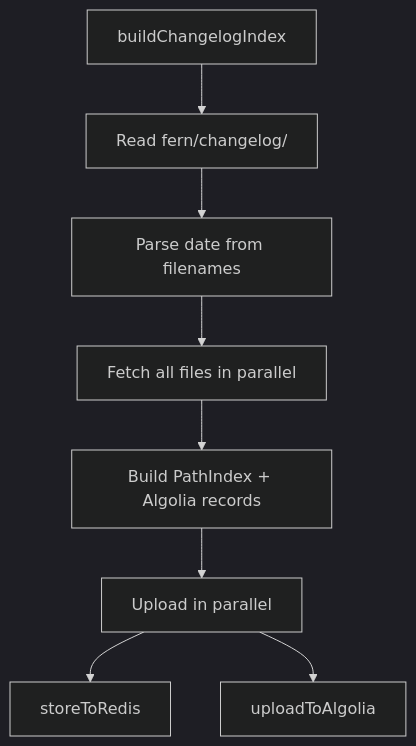
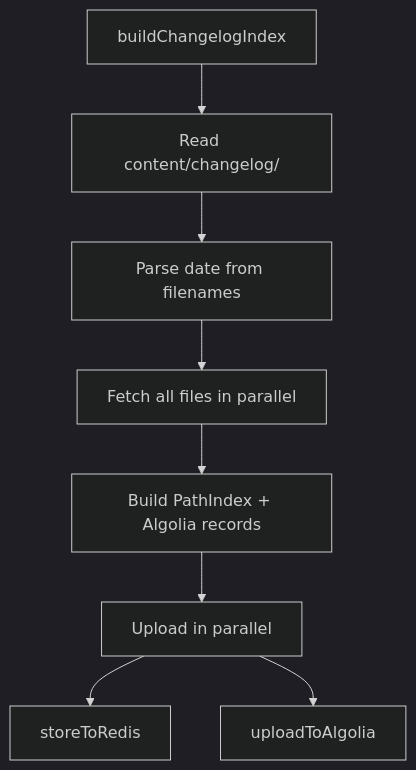
The second of 2 diagrams in src/content-indexer/README.md (alchemyplatform/docs), drawn with Mermaid (dark theme) before and after one commit. The commit also changed other lines of this file and 790 other files, not shown here.

First line of the commit message:
refactor: rename fern/ directory to content/

````diff
--- a/src/content-indexer/README.md
+++ b/src/content-indexer/README.md
@@ -121,10 +121,10 @@
 ```mermaid
 flowchart TD
-    Start[buildChangelogIndex] --> ReadDir[Read fern/changelog/]
+    Start[buildChangelogIndex] --> ReadDir[Read content/changelog/]
     ReadDir --> ParseFiles[Parse date from filenames]
     ParseFiles --> Parallel[Fetch all files in parallel]
     Parallel --> BuildOutputs[Build PathIndex + Algolia records]
     BuildOutputs --> Upload[Upload in parallel]
     Upload --> Redis[storeToRedis]
     Upload --> AlgoliaUpload[uploadToAlgolia]
 ```
````
